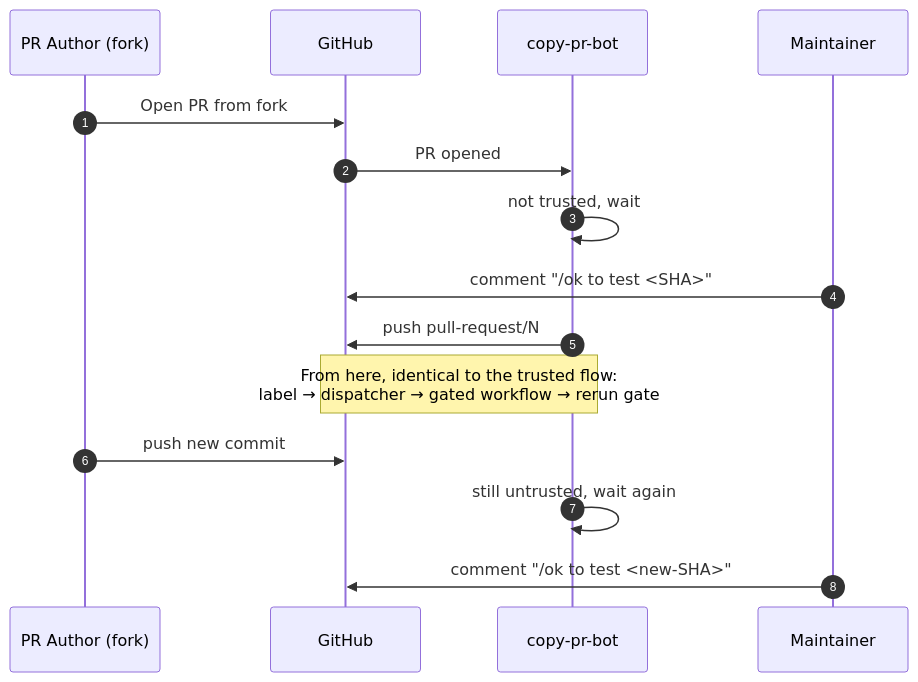
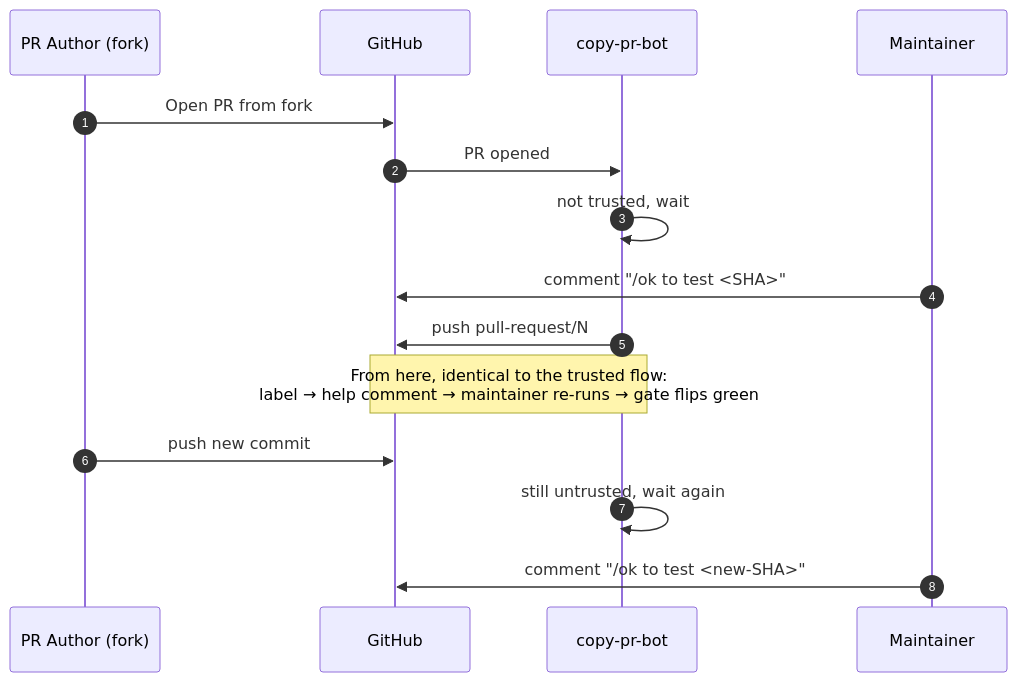
Before and after one commit to st-gr/OpenShell: the second of 2 diagrams in architecture/ci-e2e.md, drawn with Mermaid. The commit also changed other lines of this file and 3 other files, not shown here.

Commit message:
ci(e2e): replace label dispatcher with comment-only helper (#990)

````diff
--- a/architecture/ci-e2e.md
+++ b/architecture/ci-e2e.md
@@ -87,18 +88,18 @@
 ```mermaid
 sequenceDiagram
     autonumber
     participant Author as PR Author (fork)
     participant GH as GitHub
     participant Bot as copy-pr-bot
     participant Maintainer
 
     Author->>GH: Open PR from fork
     GH->>Bot: PR opened
     Bot->>Bot: not trusted, wait
     Maintainer->>GH: comment "/ok to test <SHA>"
     Bot->>GH: push pull-request/N
-    Note over Bot,GH: From here, identical to the trusted flow:<br/>label → dispatcher → gated workflow → rerun gate
+    Note over Bot,GH: From here, identical to the trusted flow:<br/>label → help comment → maintainer re-runs → gate flips green
     Author->>GH: push new commit
     Bot->>Bot: still untrusted, wait again
     Maintainer->>GH: comment "/ok to test <new-SHA>"
 ```
````
